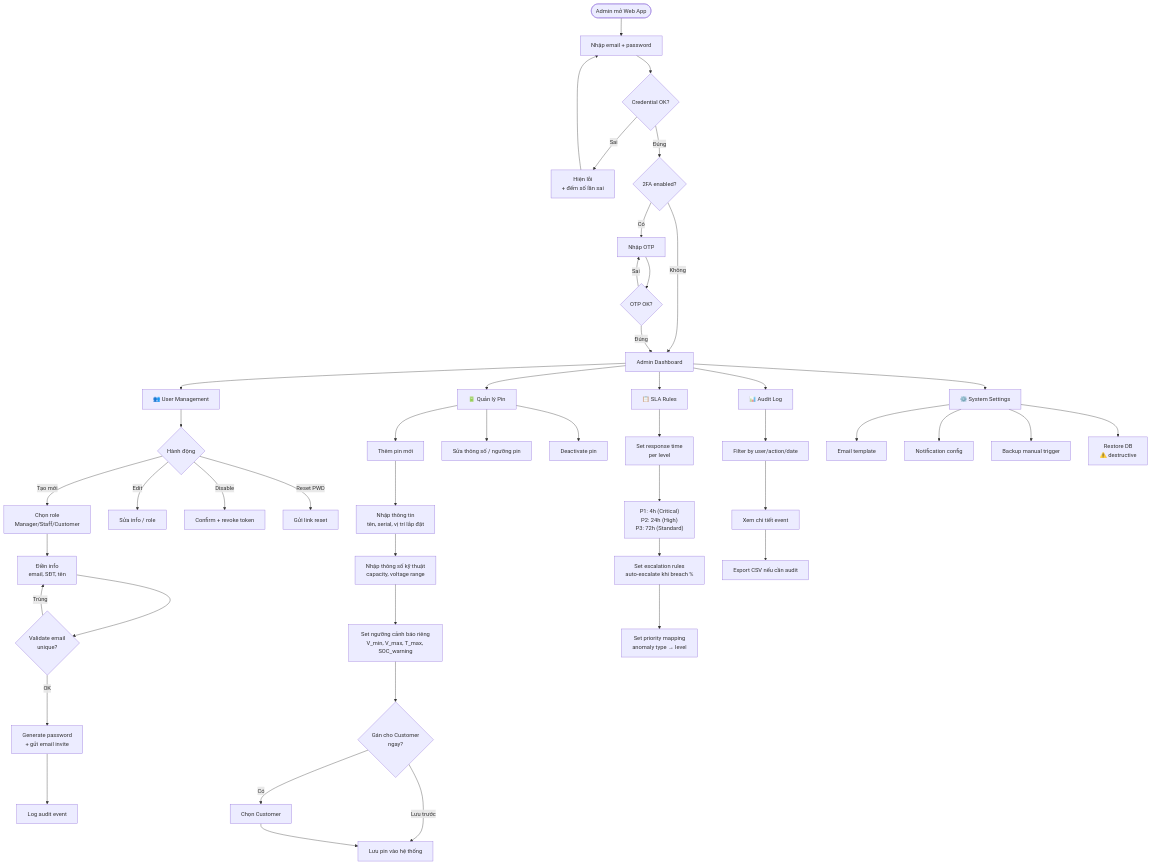
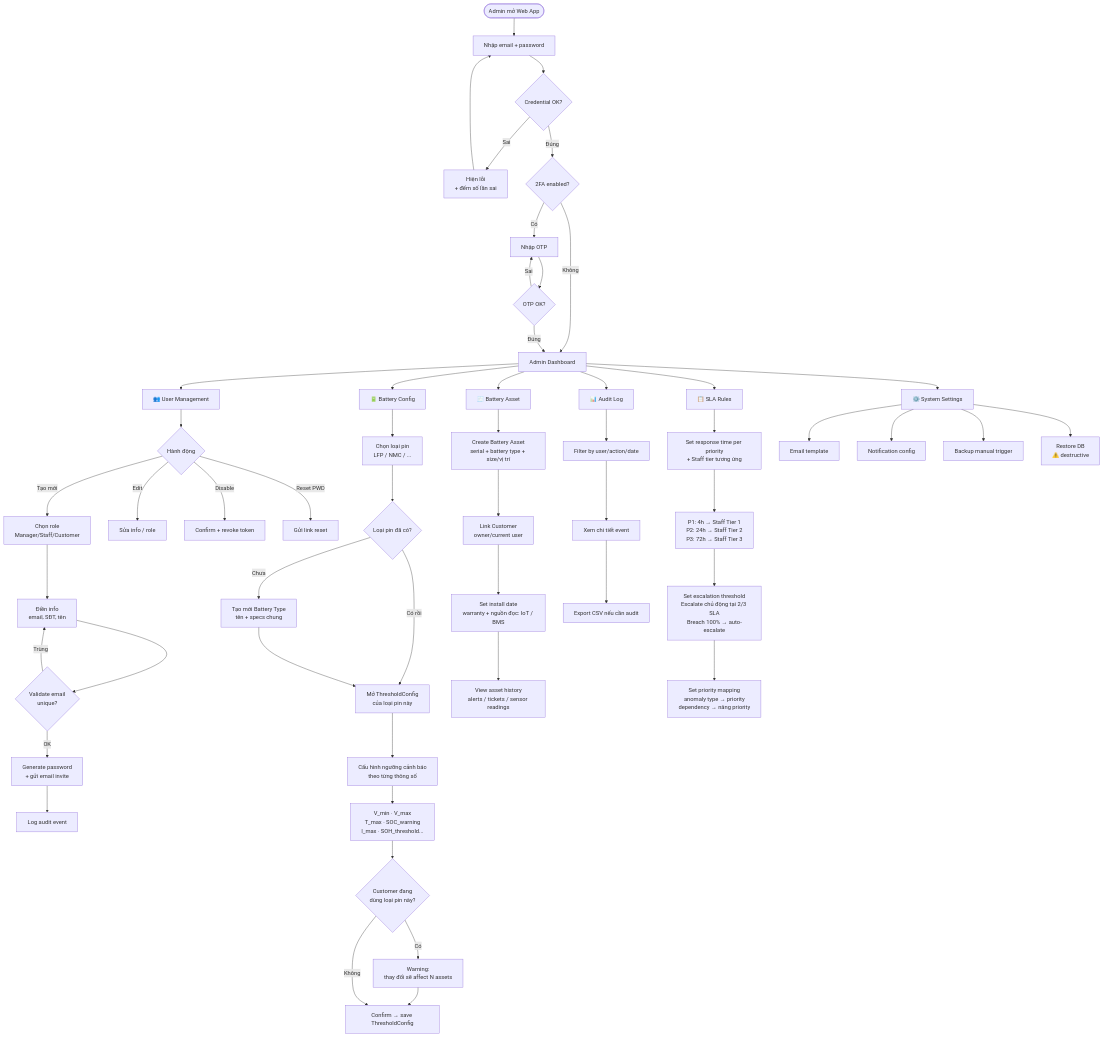
Before and after one commit to GSU26SE55/ai-module: the fifth of 8 diagrams in .claude/docs/core-business-flow.md, drawn with Mermaid. The commit also changed other lines of this file and 31 other files, not shown here.

````diff
--- a/.claude/docs/core-business-flow.md
+++ b/.claude/docs/core-business-flow.md
@@ -317,54 +357,61 @@
 ```mermaid
 flowchart TD
     Start([Admin mở Web App]) --> L1[Nhập email + password]
     L1 --> L2{Credential OK?}
     L2 -->|Sai| L3[Hiện lỗi<br/>+ đếm số lần sai] --> L1
     L2 -->|Đúng| L4{2FA enabled?}
     L4 -->|Có| L5[Nhập OTP]
     L4 -->|Không| Dashboard
     L5 --> L6{OTP OK?}
     L6 -->|Sai| L5
     L6 -->|Đúng| Dashboard[Admin Dashboard]
 
     Dashboard --> T1[👥 User Management]
-    Dashboard --> T2[🔋 Quản lý Pin]
+    Dashboard --> T2[🔋 Battery Config]
+    Dashboard --> T6[🧾 Battery Asset]
     Dashboard --> T3[📋 SLA Rules]
     Dashboard --> T4[📊 Audit Log]
     Dashboard --> T5[⚙️ System Settings]
 
     T1 --> U1{Hành động}
     U1 -->|Tạo mới| U2[Chọn role<br/>Manager/Staff/Customer]
     U2 --> U3[Điền info<br/>email, SĐT, tên]
     U3 --> U4{Validate email<br/>unique?}
     U4 -->|Trùng| U3
     U4 -->|OK| U5[Generate password<br/>+ gửi email invite]
     U5 --> U6[Log audit event]
     U1 -->|Edit| U7[Sửa info / role]
     U1 -->|Disable| U8[Confirm + revoke token]
     U1 -->|Reset PWD| U9[Gửi link reset]
 
-    T2 --> B1[Thêm pin mới]
-    B1 --> B2[Nhập thông tin<br/>tên, serial, vị trí lắp đặt]
-    B2 --> B3[Nhập thông số kỹ thuật<br/>capacity, voltage range]
-    B3 --> B4[Set ngưỡng cảnh báo riêng<br/>V_min, V_max, T_max, SOC_warning]
-    B4 --> B5{Gán cho Customer<br/>ngay?}
-    B5 -->|Có| B6[Chọn Customer]
-    B5 -->|Lưu trước| B7[Lưu pin vào hệ thống]
-    B6 --> B7
-    T2 --> B8[Sửa thông số / ngưỡng pin]
-    T2 --> B9[Deactivate pin]
+    T2 --> B1[Chọn loại pin<br/>LFP / NMC / ...]
+    B1 --> B1b{Loại pin đã có?}
+    B1b -->|Chưa| B1c[Tạo mới Battery Type<br/>tên + specs chung]
+    B1b -->|Có rồi| B2
+    B1c --> B2[Mở ThresholdConfig<br/>của loại pin này]
+    B2 --> B3[Cấu hình ngưỡng cảnh báo<br/>theo từng thông số]
+    B3 --> B4[V_min · V_max<br/>T_max · SOC_warning<br/>I_max · SOH_threshold...]
+    B4 --> B5{Customer đang<br/>dùng loại pin này?}
+    B5 -->|Có| B6[Warning:<br/>thay đổi sẽ affect N assets]
+    B6 --> B7[Confirm → save ThresholdConfig]
+    B5 -->|Không| B7
 
-    T3 --> SR1[Set response time<br/>per level]
-    SR1 --> SR2["P1: 4h (Critical)<br/>P2: 24h (High)<br/>P3: 72h (Standard)"]
-    SR2 --> SR3[Set escalation rules<br/>auto-escalate khi breach %]
-    SR3 --> SR4[Set priority mapping<br/>anomaly type → level]
+    T6 --> BA1[Create Battery Asset<br/>serial + battery type + size/vị trí]
+    BA1 --> BA2[Link Customer<br/>owner/current user]
+    BA2 --> BA3[Set install date<br/>warranty + nguồn đọc: IoT / BMS]
+    BA3 --> BA4[View asset history<br/>alerts / tickets / sensor readings]
+
+    T3 --> SR1[Set response time per priority<br/>+ Staff tier tương ứng]
+    SR1 --> SR2[P1: 4h → Staff Tier 1<br/>P2: 24h → Staff Tier 2<br/>P3: 72h → Staff Tier 3]
+    SR2 --> SR3[Set escalation threshold<br/>Escalate chủ động tại 2/3 SLA<br/>Breach 100% → auto-escalate]
+    SR3 --> SR4[Set priority mapping<br/>anomaly type → priority<br/>dependency → nâng priority]
 
     T4 --> AL1[Filter by user/action/date]
     AL1 --> AL2[Xem chi tiết event]
     AL2 --> AL3[Export CSV nếu cần audit]
 
     T5 --> SY1[Email template]
     T5 --> SY2[Notification config]
     T5 --> SY3[Backup manual trigger]
     T5 --> SY4[Restore DB<br/>⚠️ destructive]
 ```
````
